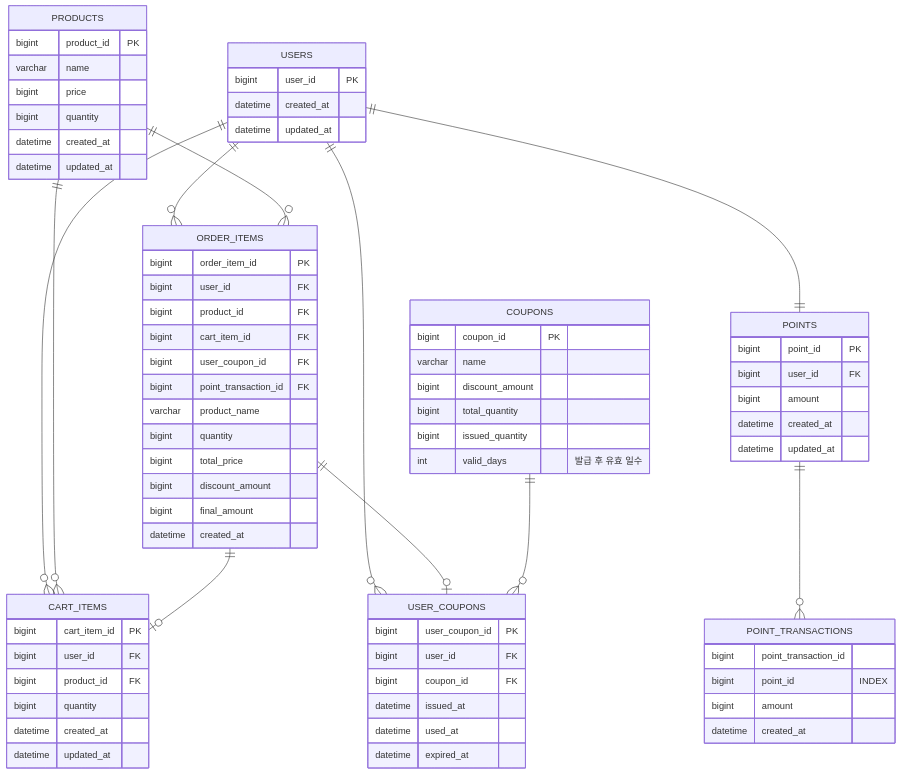
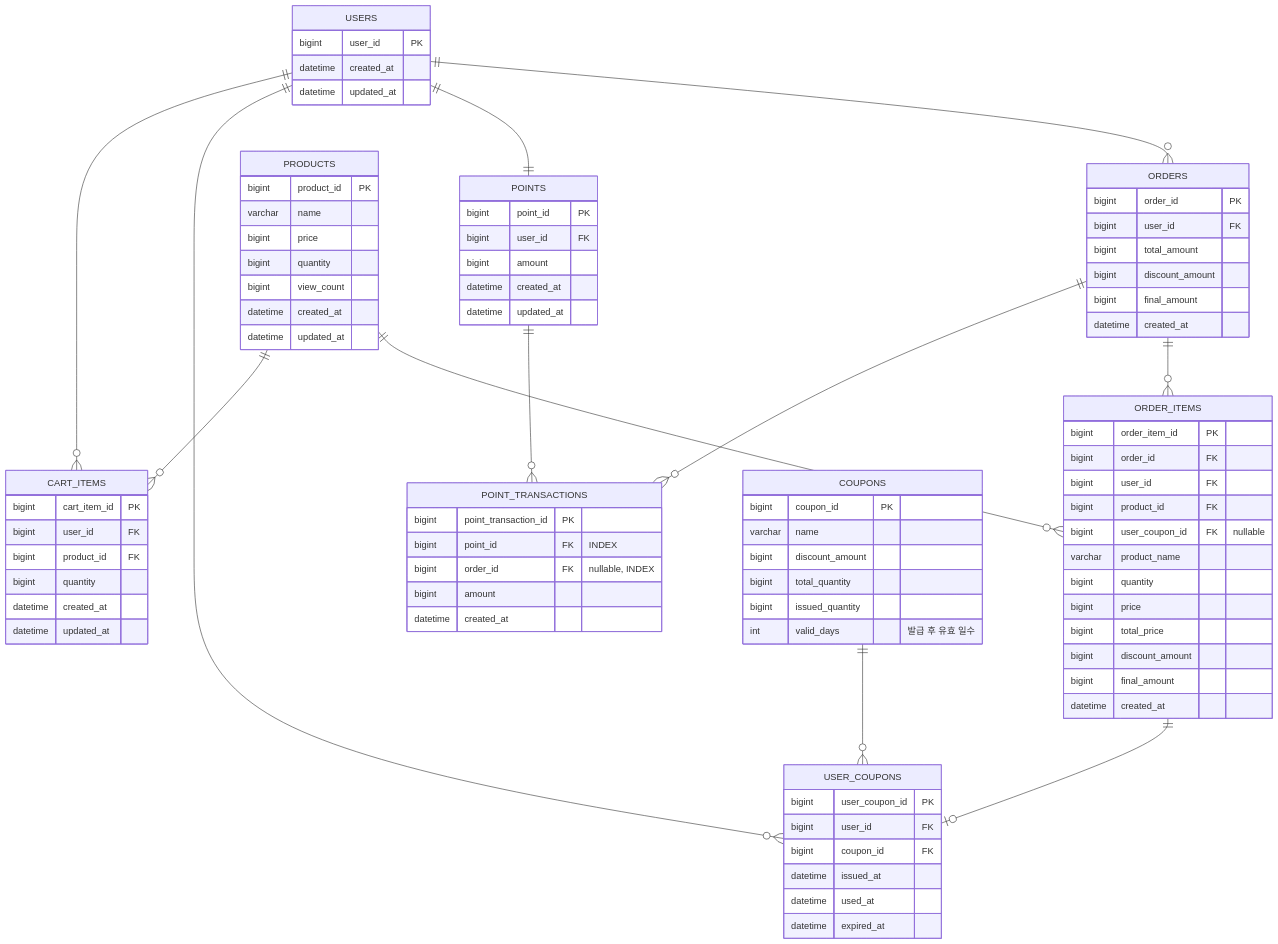
One commit to keepConcentration/ecommerce changed the first of 7 diagrams in README.md. Above: the diagram before and after it, drawn with Mermaid. The commit also changed other lines of this file and 7 other files, not shown here.

```diff
--- a/README.md
+++ b/README.md
@@ -7,7 +7,7 @@
     USERS ||--o{ CART_ITEMS : ""
     USERS ||--o{ USER_COUPONS : ""
     USERS ||--|| POINTS : ""
-    USERS ||--o{ ORDER_ITEMS : ""
+    USERS ||--o{ ORDERS : ""
     USERS {
         bigint user_id PK
         datetime created_at
@@ -24,9 +24,20 @@
 
     POINTS ||--o{ POINT_TRANSACTIONS : ""
     POINT_TRANSACTIONS {
-        bigint point_transaction_id
-        bigint point_id "INDEX"
+        bigint point_transaction_id PK
+        bigint point_id FK "INDEX"
+        bigint order_id FK "nullable, INDEX"
         bigint amount
+        datetime created_at
+    }
+
+    ORDERS ||--o{ POINT_TRANSACTIONS : ""
+    ORDERS {
+        bigint order_id PK
+        bigint user_id FK
+        bigint total_amount
+        bigint discount_amount
+        bigint final_amount
         datetime created_at
     }
 
@@ -37,21 +48,22 @@
         varchar name
         bigint price
         bigint quantity
+        bigint view_count
         datetime created_at
         datetime updated_at
     }
 
-    ORDER_ITEMS ||--o| CART_ITEMS : ""
+    ORDERS ||--o{ ORDER_ITEMS : ""
     ORDER_ITEMS ||--o| USER_COUPONS : ""
     ORDER_ITEMS {
         bigint order_item_id PK
+        bigint order_id FK
         bigint user_id FK
         bigint product_id FK
-        bigint cart_item_id FK
-        bigint user_coupon_id FK
-        bigint point_transaction_id FK
+        bigint user_coupon_id FK "nullable"
         varchar product_name
         bigint quantity
+        bigint price
         bigint total_price
         bigint discount_amount
         bigint final_amount
```
